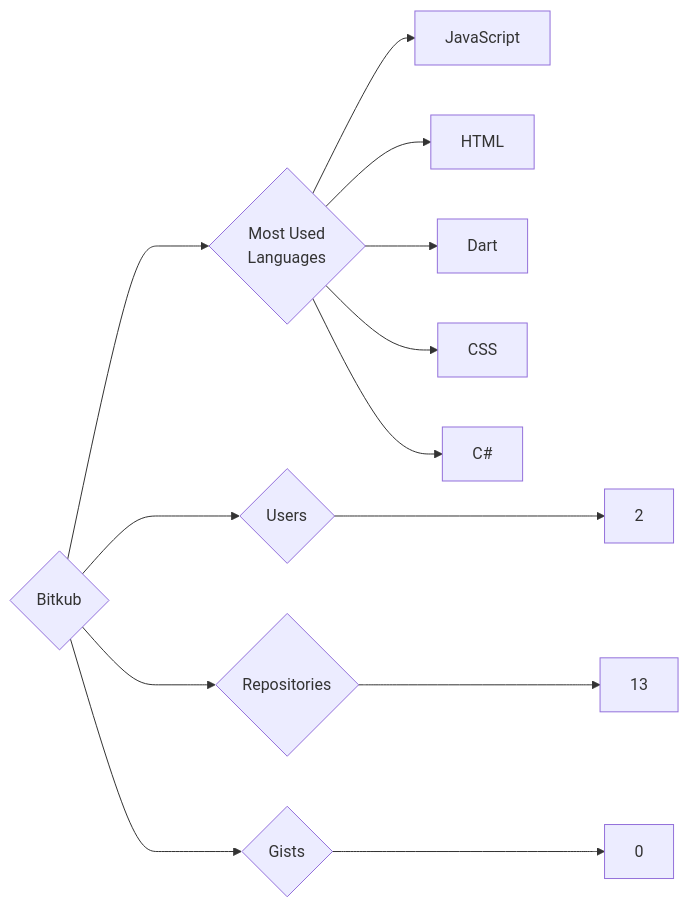
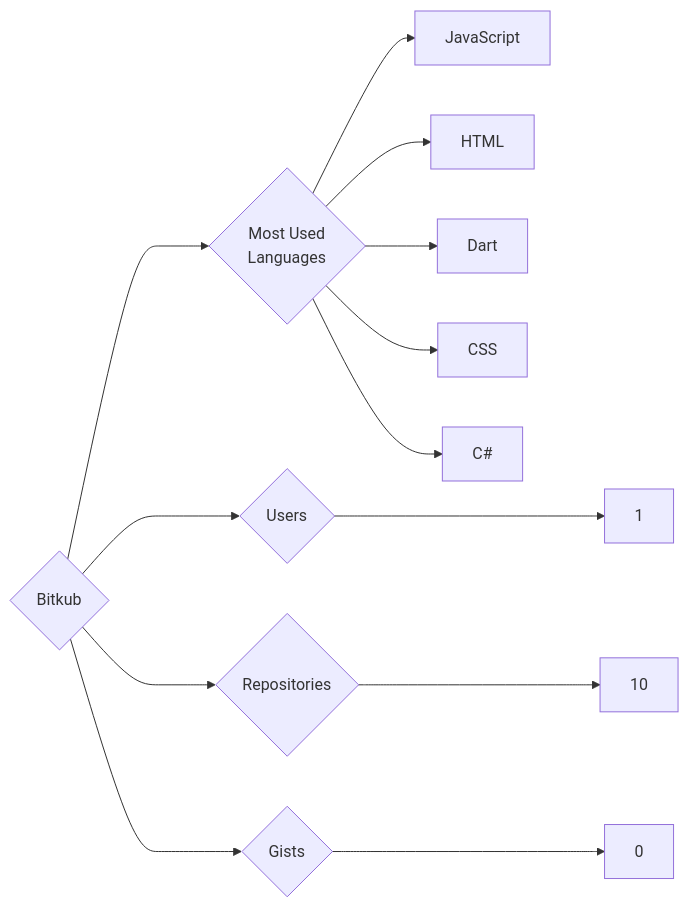
One commit to trickest/insiders changed the diagram in targets/Bitkub/README.md. Above: the diagram before and after it, drawn with Mermaid. The commit also changed 880 other files, not shown here.

````diff
--- a/targets/Bitkub/README.md
+++ b/targets/Bitkub/README.md
@@ -3,13 +3,13 @@
 ```mermaid
 graph LR
 COMPANY_NAME{Bitkub}
-COMPANY_NAME ---> U{Users} ---> UN[2]
-COMPANY_NAME ---> R{Repositories} ---> RN[13]
+COMPANY_NAME ---> U{Users} ---> UN[1]
+COMPANY_NAME ---> R{Repositories} ---> RN[10]
 COMPANY_NAME ---> G{Gists} ---> GN[0]
 COMPANY_NAME ---> ML{Most Used<br>Languages}
 ML --> JavaScript[JavaScript]
 ML --> HTML[HTML]
 ML --> Dart[Dart]
 ML --> CSS[CSS]
 ML --> C#[C#]
 ```
````
